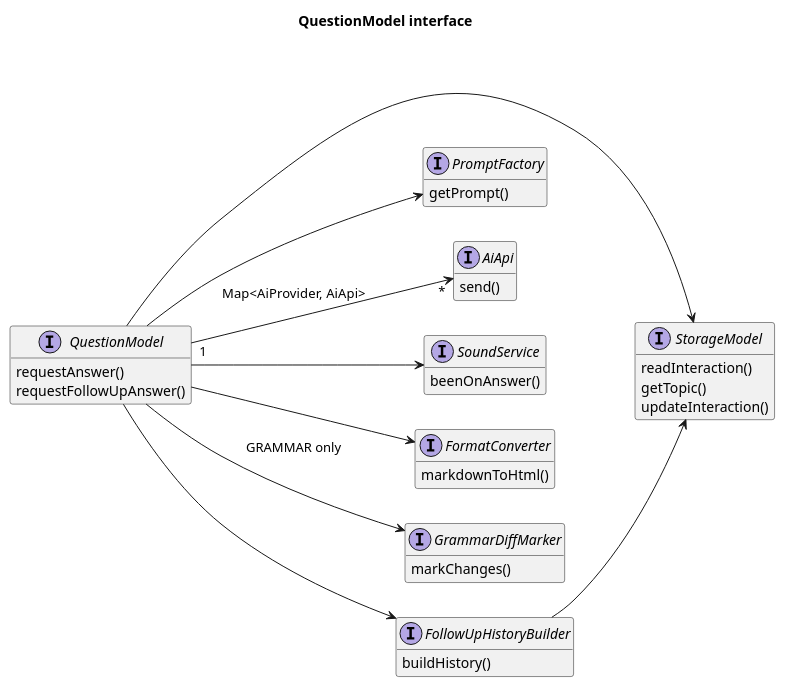
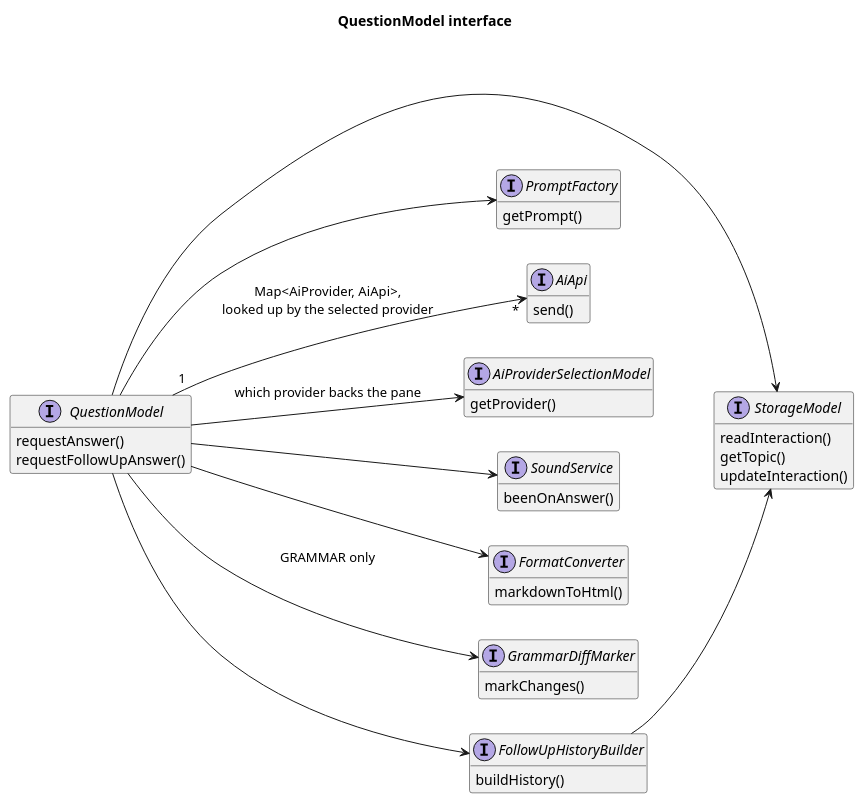
Before and after one commit to Aleks-Ya/topic-prompt-ui: the diagram in docs/question-model-collaborators.puml, drawn with PlantUML. The commit also changed 23 other files, not shown here.

```diff
--- a/docs/question-model-collaborators.puml
+++ b/docs/question-model-collaborators.puml
@@ -1,45 +1,49 @@
 @startuml
 hide empty members
 left to right direction
 
 title QuestionModel interface
 
 interface QuestionModel {
     requestAnswer()
     requestFollowUpAnswer()
 }
 interface StorageModel {
     readInteraction()
     getTopic()
     updateInteraction()
 }
 interface PromptFactory {
     getPrompt()
 }
 interface AiApi {
     send()
 }
+interface AiProviderSelectionModel {
+    getProvider()
+}
 interface SoundService {
     beenOnAnswer()
 }
 interface FormatConverter {
     markdownToHtml()
 }
 interface GrammarDiffMarker {
     markChanges()
 }
 interface FollowUpHistoryBuilder {
     buildHistory()
 }
 
 QuestionModel --> StorageModel
 QuestionModel --> PromptFactory
-QuestionModel "1" --> "*" AiApi: Map<AiProvider, AiApi>
+QuestionModel --> AiProviderSelectionModel: which provider backs the pane
+QuestionModel "1" --> "*" AiApi: Map<AiProvider, AiApi>,\nlooked up by the selected provider
 QuestionModel --> SoundService
 QuestionModel --> FormatConverter
 QuestionModel --> GrammarDiffMarker: GRAMMAR only
 QuestionModel --> FollowUpHistoryBuilder
 
 FollowUpHistoryBuilder --> StorageModel
 
 @enduml
```
